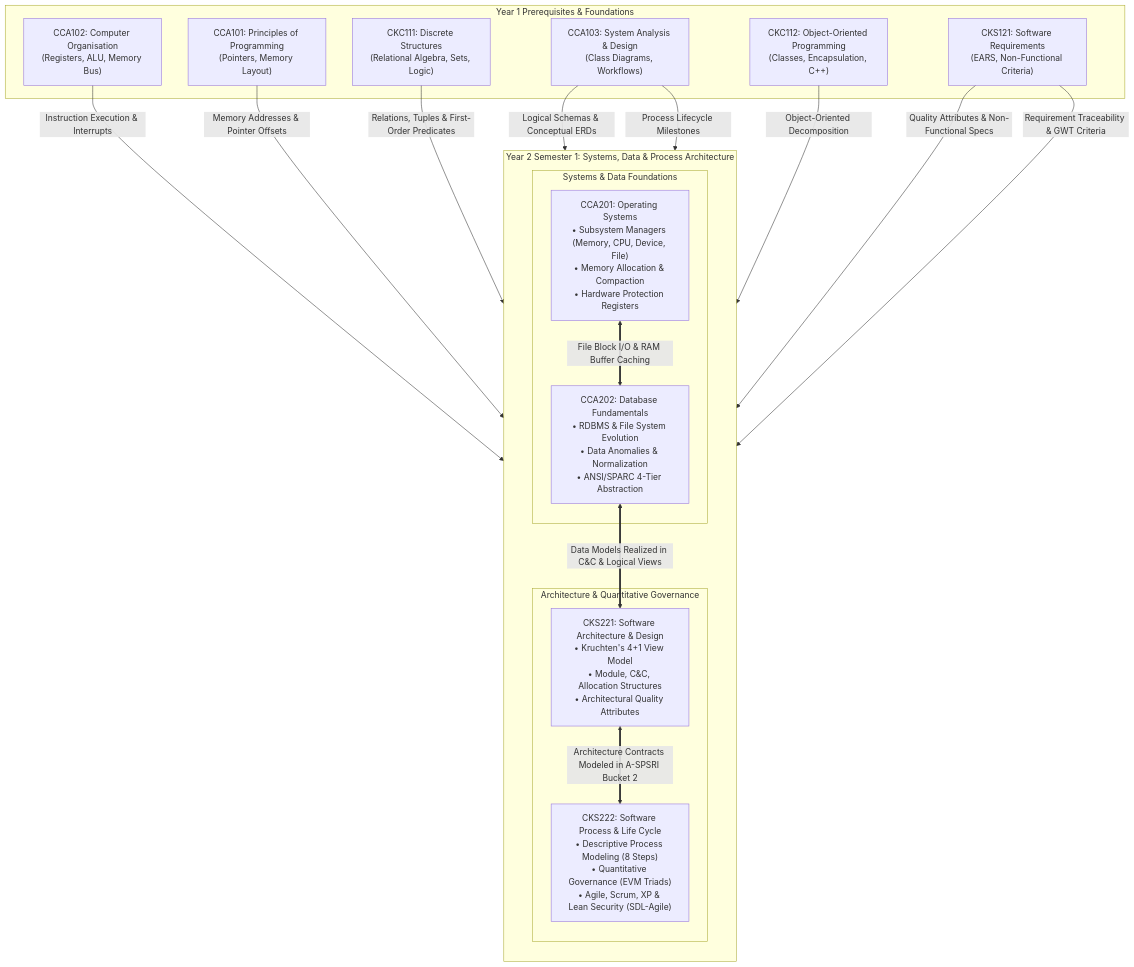
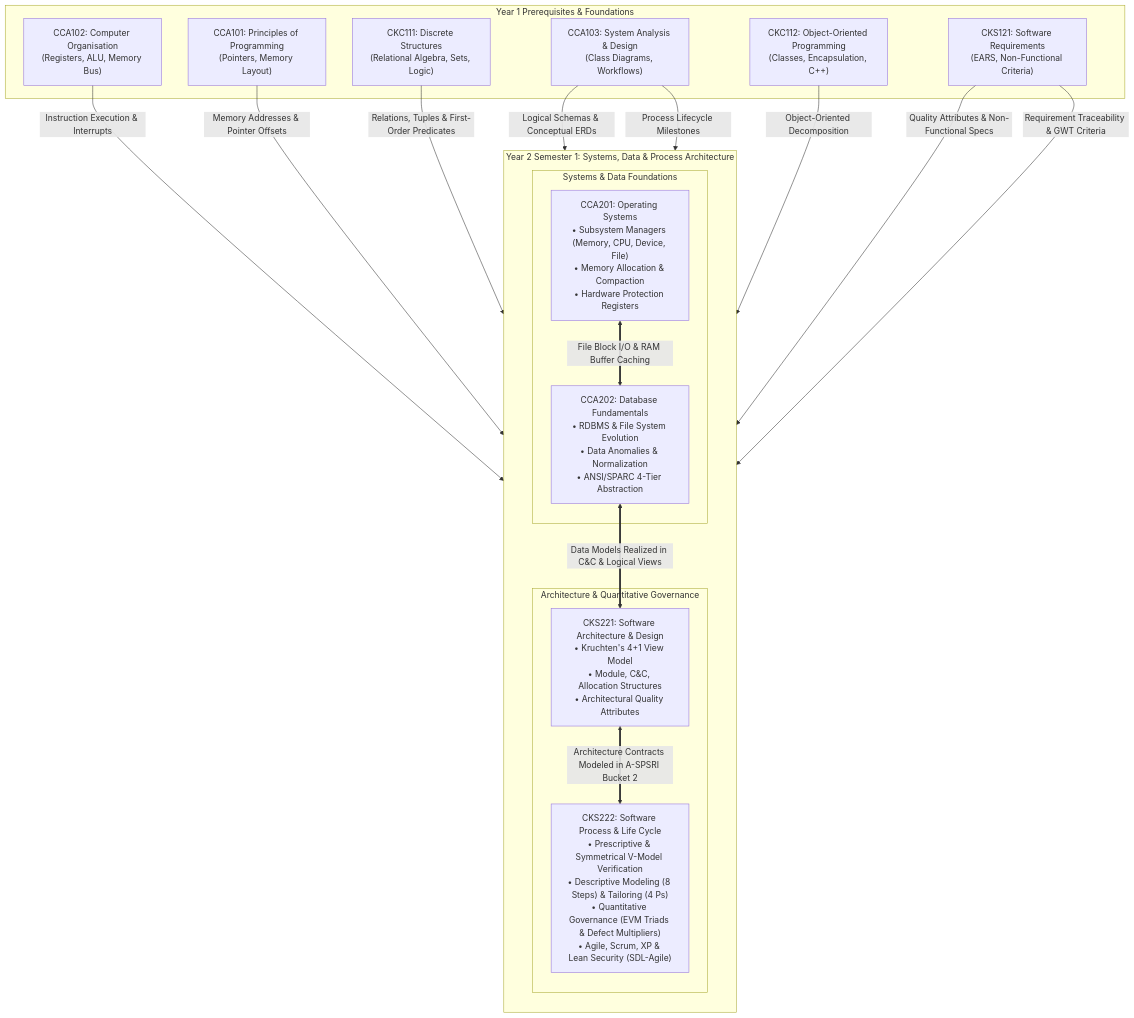
The first of 6 diagrams in knowledge_Y2.md (Fake1Doge/Obsidian-notes), drawn with Mermaid before and after one commit. The commit also changed other lines of this file and 6 other files, not shown here.

````diff
--- a/knowledge_Y2.md
+++ b/knowledge_Y2.md
@@ -38,37 +38,37 @@
 ```mermaid
 flowchart TD
     subgraph Y1_Foundations ["Year 1 Prerequisites & Foundations"]
         CCA102["CCA102: Computer Organisation<br/>(Registers, ALU, Memory Bus)"]
         CCA101["CCA101: Principles of Programming<br/>(Pointers, Memory Layout)"]
         CKC111["CKC111: Discrete Structures<br/>(Relational Algebra, Sets, Logic)"]
         CCA103["CCA103: System Analysis & Design<br/>(Class Diagrams, Workflows)"]
         CKC112["CKC112: Object-Oriented Programming<br/>(Classes, Encapsulation, C++)"]
         CKS121["CKS121: Software Requirements<br/>(EARS, Non-Functional Criteria)"]
     end
 
     subgraph Y2S1_Core ["Year 2 Semester 1: Systems, Data & Process Architecture"]
         direction TB
         subgraph InfrastructureLayer ["Systems & Data Foundations"]
             CCA201["CCA201: Operating Systems<br/>• Subsystem Managers (Memory, CPU, Device, File)<br/>• Memory Allocation & Compaction<br/>• Hardware Protection Registers"]
             CCA202["CCA202: Database Fundamentals<br/>• RDBMS & File System Evolution<br/>• Data Anomalies & Normalization<br/>• ANSI/SPARC 4-Tier Abstraction"]
         end
 
         subgraph DesignGovernanceLayer ["Architecture & Quantitative Governance"]
             CKS221["CKS221: Software Architecture & Design<br/>• Kruchten's 4+1 View Model<br/>• Module, C&C, Allocation Structures<br/>• Architectural Quality Attributes"]
-            CKS222["CKS222: Software Process & Life Cycle<br/>• Descriptive Process Modeling (8 Steps)<br/>• Quantitative Governance (EVM Triads)<br/>• Agile, Scrum, XP & Lean Security (SDL-Agile)"]
+            CKS222["CKS222: Software Process & Life Cycle<br/>• Prescriptive & Symmetrical V-Model Verification<br/>• Descriptive Modeling (8 Steps) & Tailoring (4 Ps)<br/>• Quantitative Governance (EVM Triads & Defect Multipliers)<br/>• Agile, Scrum, XP & Lean Security (SDL-Agile)"]
         end
     end
 
     CCA102 -->|Instruction Execution & Interrupts| CCA201
     CCA101 -->|Memory Addresses & Pointer Offsets| CCA201
     CKC111 -->|Relations, Tuples & First-Order Predicates| CCA202
     CCA103 -->|Logical Schemas & Conceptual ERDs| CCA202
     CKC112 -->|Object-Oriented Decomposition| CKS221
     CKS121 -->|Quality Attributes & Non-Functional Specs| CKS221
     CKS121 -->|Requirement Traceability & GWT Criteria| CKS222
     CCA103 -->|Process Lifecycle Milestones| CKS222
 
     CCA201 <==>|File Block I/O & RAM Buffer Caching| CCA202
     CCA202 <==>|Data Models Realized in C&C & Logical Views| CKS221
     CKS221 <==>|Architecture Contracts Modeled in A-SPSRI Bucket 2| CKS222
 ```
````
